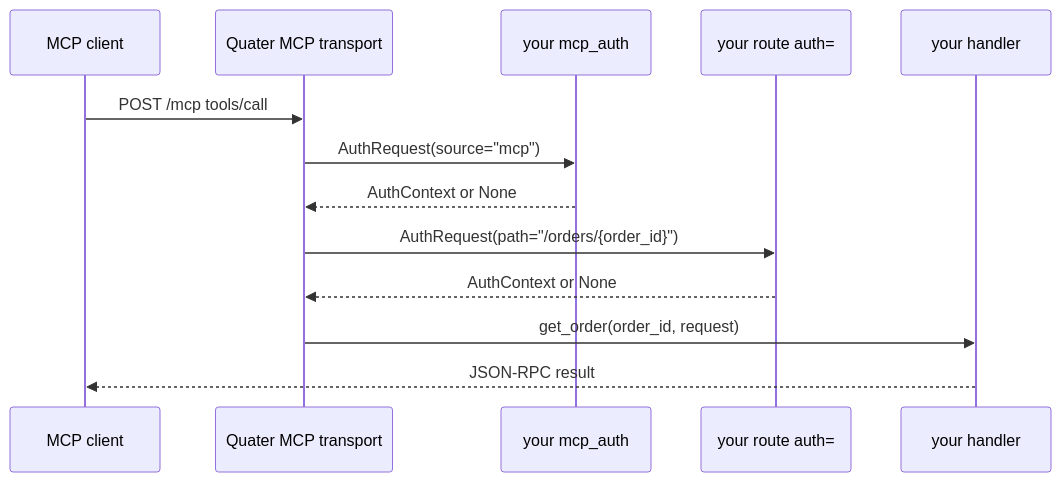
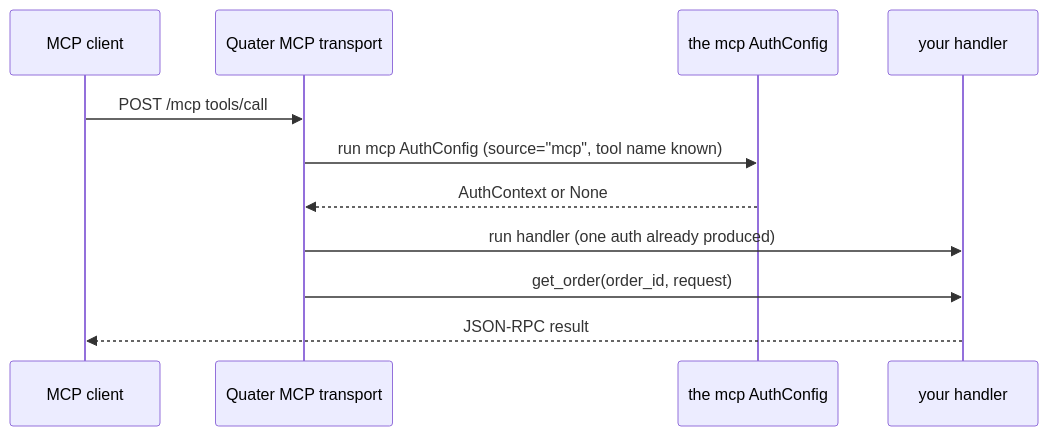
Before and after one commit to yanurag-dev/quater: the first of 2 diagrams in docs/en/dev/mcp.md, drawn with Mermaid. The commit also changed other lines of this file and 80 other files, not shown here.

````diff
--- a/docs/en/dev/mcp.md
+++ b/docs/en/dev/mcp.md
@@ -78,16 +77,15 @@
 ```mermaid
 sequenceDiagram
     participant Client as MCP client
     participant Quater as Quater MCP transport
-    participant MCPAuth as your mcp_auth
-    participant RouteAuth as your route auth=
+    participant AuthConfig as the mcp AuthConfig
     participant Handler as your handler
 
     Client->>Quater: POST /mcp tools/call
-    Quater->>MCPAuth: AuthRequest(source="mcp")
-    MCPAuth-->>Quater: AuthContext or None
-    Quater->>RouteAuth: AuthRequest(path="/orders/{order_id}")
-    RouteAuth-->>Quater: AuthContext or None
+    Quater->>AuthConfig: run mcp AuthConfig (source="mcp", tool name known)
+    AuthConfig-->>Quater: AuthContext or None
+    Quater->>Handler: run handler (one auth already produced)
+
     Quater->>Handler: get_order(order_id, request)
     Handler-->>Client: JSON-RPC result
 ```
````
